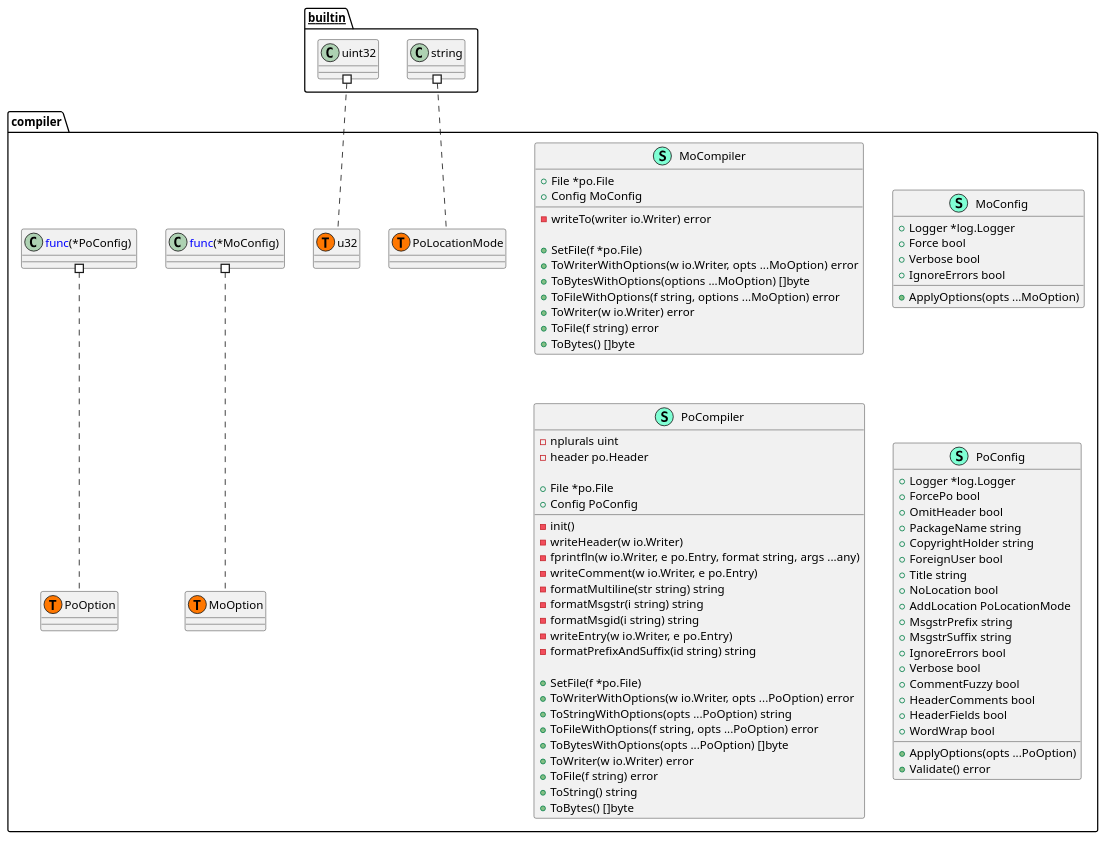
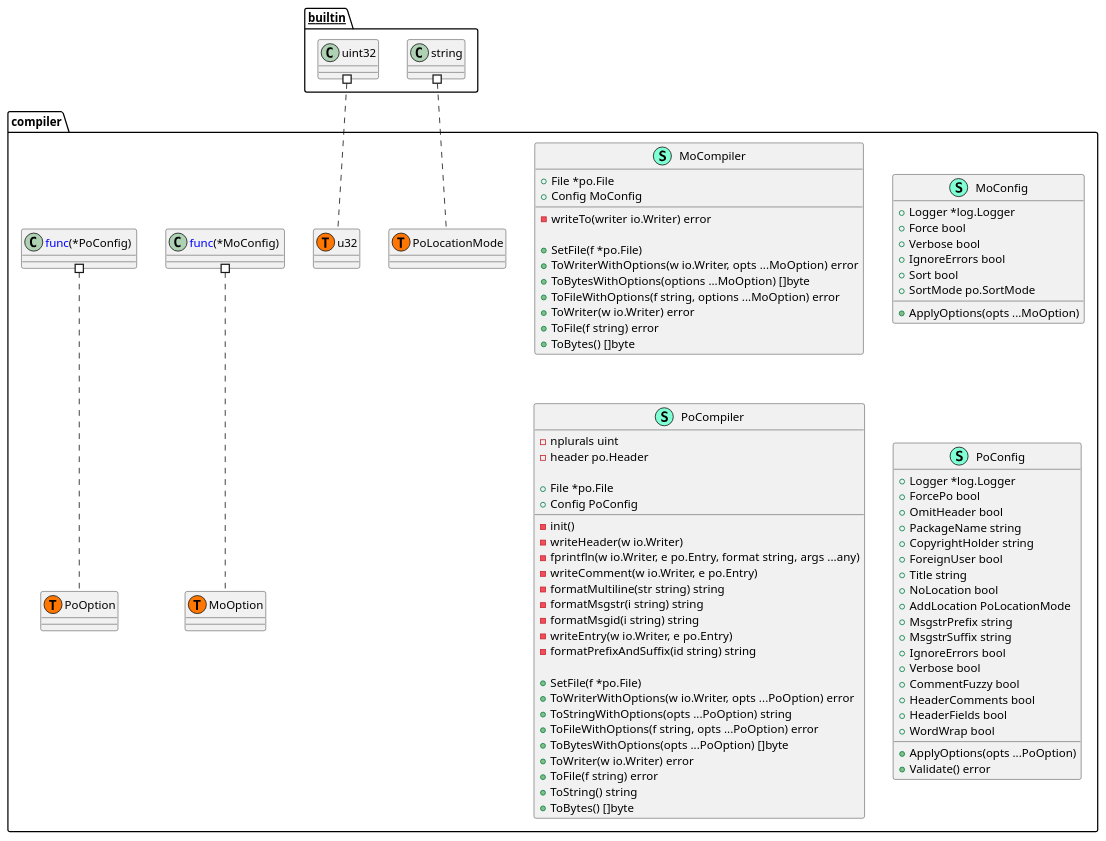
One commit to Tom5521/gotext-tools changed the diagram in pkg/po/compiler/structure.puml. Above: the diagram before and after it, drawn with PlantUML. The commit also changed 3 other files, not shown here.

Commit message:
docs: Update UML files

```diff
--- a/pkg/po/compiler/structure.puml
+++ b/pkg/po/compiler/structure.puml
@@ -1,93 +1,95 @@
 @startuml
 namespace compiler {
     class MoCompiler << (S,Aquamarine) >> {
         + File *po.File
         + Config MoConfig
 
         - writeTo(writer io.Writer) error
 
         + SetFile(f *po.File) 
         + ToWriterWithOptions(w io.Writer, opts ...MoOption) error
         + ToBytesWithOptions(options ...MoOption) []byte
         + ToFileWithOptions(f string, options ...MoOption) error
         + ToWriter(w io.Writer) error
         + ToFile(f string) error
         + ToBytes() []byte
 
     }
     class MoConfig << (S,Aquamarine) >> {
         + Logger *log.Logger
         + Force bool
         + Verbose bool
         + IgnoreErrors bool
+        + Sort bool
+        + SortMode po.SortMode
 
         + ApplyOptions(opts ...MoOption) 
 
     }
     class PoCompiler << (S,Aquamarine) >> {
         - nplurals uint
         - header po.Header
 
         + File *po.File
         + Config PoConfig
 
         - init() 
         - writeHeader(w io.Writer) 
         - fprintfln(w io.Writer, e po.Entry, format string, args ...any) 
         - writeComment(w io.Writer, e po.Entry) 
         - formatMultiline(str string) string
         - formatMsgstr(i string) string
         - formatMsgid(i string) string
         - writeEntry(w io.Writer, e po.Entry) 
         - formatPrefixAndSuffix(id string) string
 
         + SetFile(f *po.File) 
         + ToWriterWithOptions(w io.Writer, opts ...PoOption) error
         + ToStringWithOptions(opts ...PoOption) string
         + ToFileWithOptions(f string, opts ...PoOption) error
         + ToBytesWithOptions(opts ...PoOption) []byte
         + ToWriter(w io.Writer) error
         + ToFile(f string) error
         + ToString() string
         + ToBytes() []byte
 
     }
     class PoConfig << (S,Aquamarine) >> {
         + Logger *log.Logger
         + ForcePo bool
         + OmitHeader bool
         + PackageName string
         + CopyrightHolder string
         + ForeignUser bool
         + Title string
         + NoLocation bool
         + AddLocation PoLocationMode
         + MsgstrPrefix string
         + MsgstrSuffix string
         + IgnoreErrors bool
         + Verbose bool
         + CommentFuzzy bool
         + HeaderComments bool
         + HeaderFields bool
         + WordWrap bool
 
         + ApplyOptions(opts ...PoOption) 
         + Validate() error
 
     }
     class compiler.MoOption << (T, #FF7700) >>  {
     }
     class compiler.PoLocationMode << (T, #FF7700) >>  {
     }
     class compiler.PoOption << (T, #FF7700) >>  {
     }
     class compiler.u32 << (T, #FF7700) >>  {
     }
 }
 
 
 "__builtin__.string" #.. "compiler.PoLocationMode"
 "__builtin__.uint32" #.. "compiler.u32"
 "compiler.<font color=blue>func</font>(*MoConfig) " #.. "compiler.MoOption"
 "compiler.<font color=blue>func</font>(*PoConfig) " #.. "compiler.PoOption"
 @enduml
```
